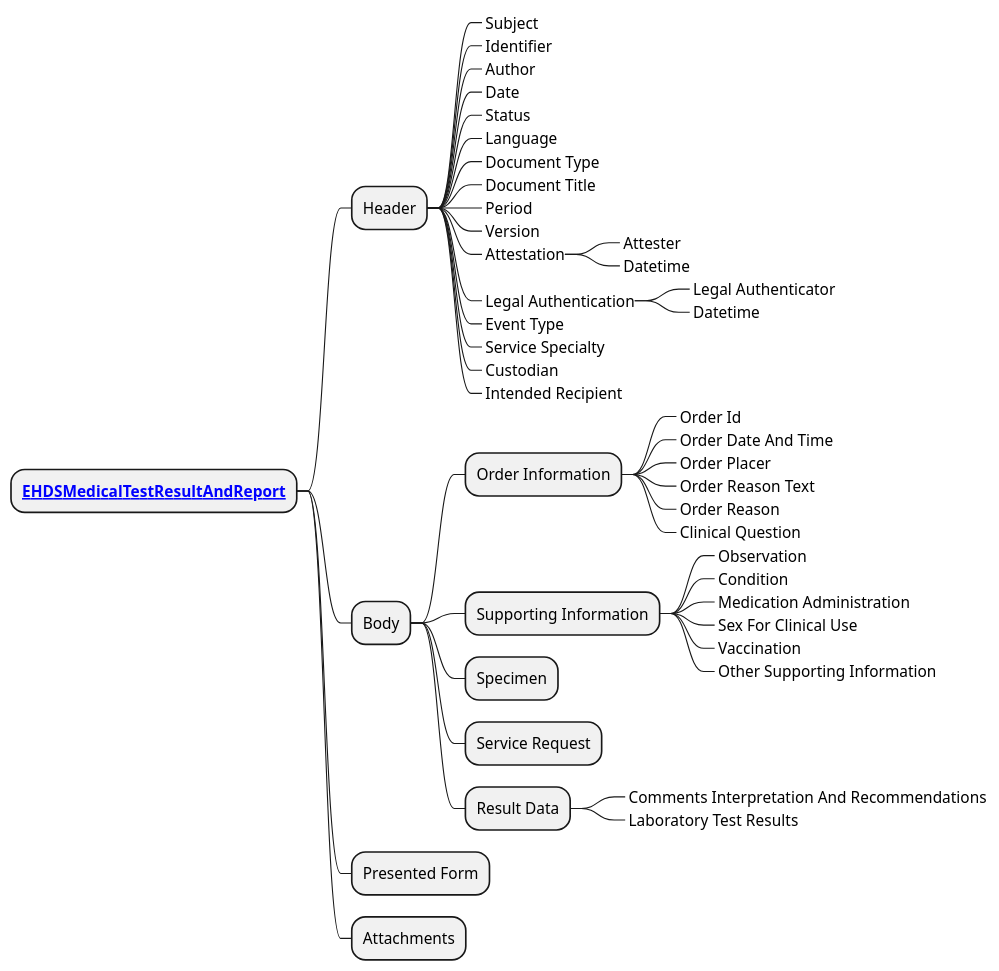
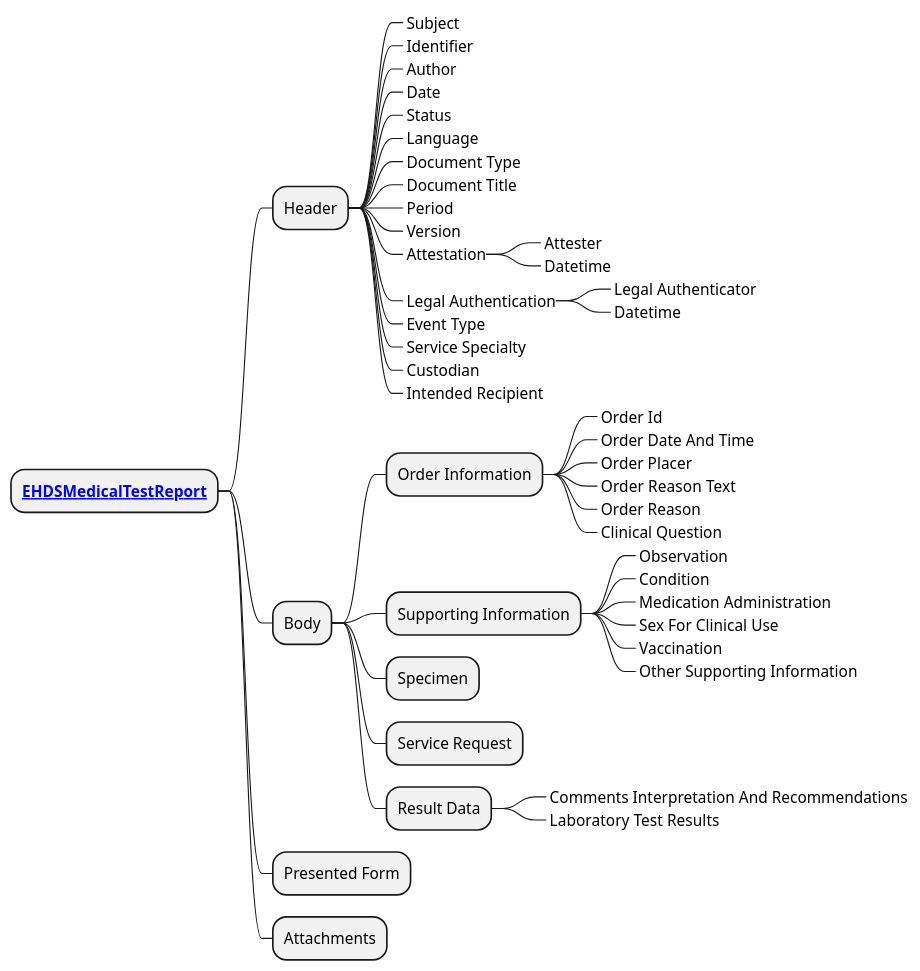
One commit to EEHRxF/logical-model changed the diagram in input/images-source/labReport_CIM.plantuml. Above: the diagram before and after it, drawn with PlantUML. The commit also changed 50 other files, not shown here.

```diff
--- a/input/images-source/labReport_CIM.plantuml
+++ b/input/images-source/labReport_CIM.plantuml
@@ -1,48 +1,48 @@
 @startmindmap
 skinparam topurl StructureDefinition-
 
-* **[[EHDSMedicalTestResultAndReport.html EHDSMedicalTestResultAndReport]]**
+* **[[EHDSMedicalTestReport.html EHDSMedicalTestReport]]**
 ** Header
 ***_ Subject
 ***_ Identifier
 ***_ Author
 ***_ Date
 ***_ Status
 ***_ Language
 ***_ Document Type
 ***_ Document Title
 ***_ Period
 ***_ Version
 ***_ Attestation
 ****_ Attester
 ****_ Datetime
 ***_ Legal Authentication
 ****_ Legal Authenticator
 ****_ Datetime
 ***_ Event Type
 ***_ Service Specialty
 ***_ Custodian
 ***_ Intended Recipient
 ** Body
 *** Order Information
 ****_ Order Id
 ****_ Order Date And Time
 ****_ Order Placer
 ****_ Order Reason Text
 ****_ Order Reason
 ****_ Clinical Question
 *** Supporting Information
 ****_ Observation
 ****_ Condition
 ****_ Medication Administration
 ****_ Sex For Clinical Use
 ****_ Vaccination
 ****_ Other Supporting Information
 *** Specimen
 *** Service Request
 *** Result Data
 ****_ Comments Interpretation And Recommendations
 ****_ Laboratory Test Results
 ** Presented Form
 ** Attachments
 @endmindmap
```
